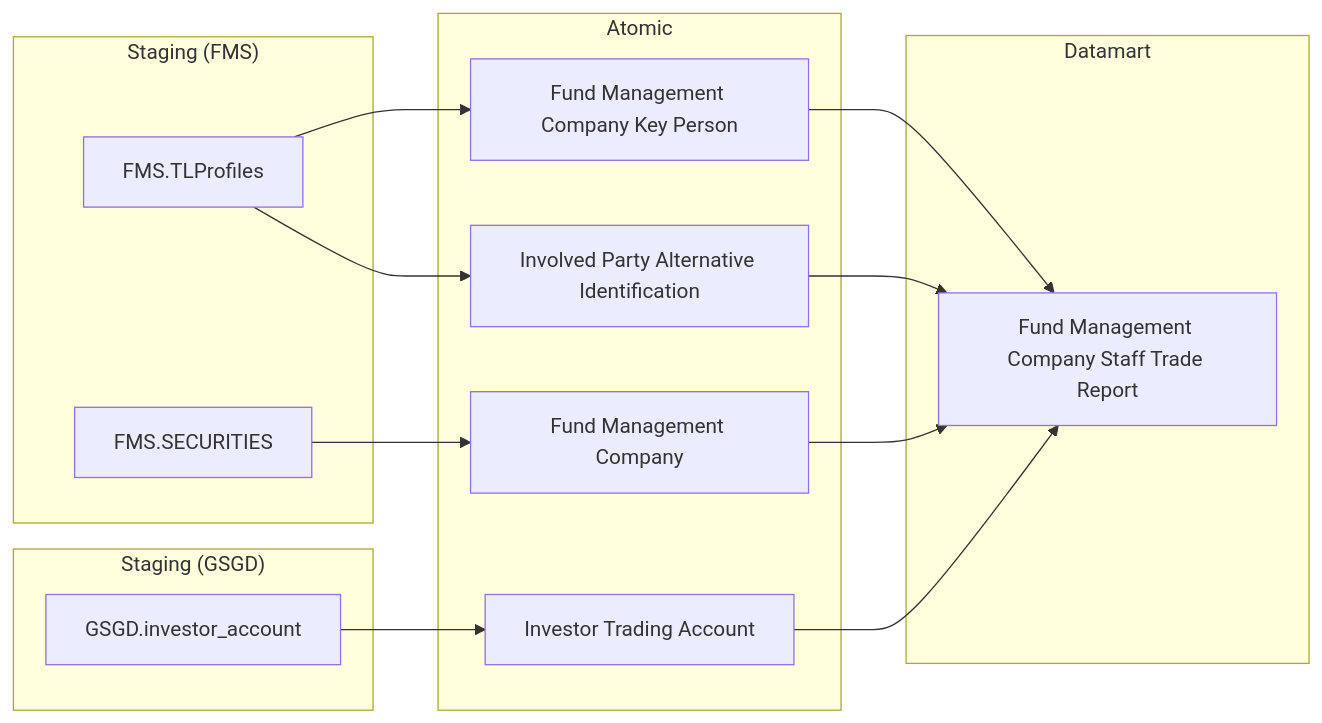
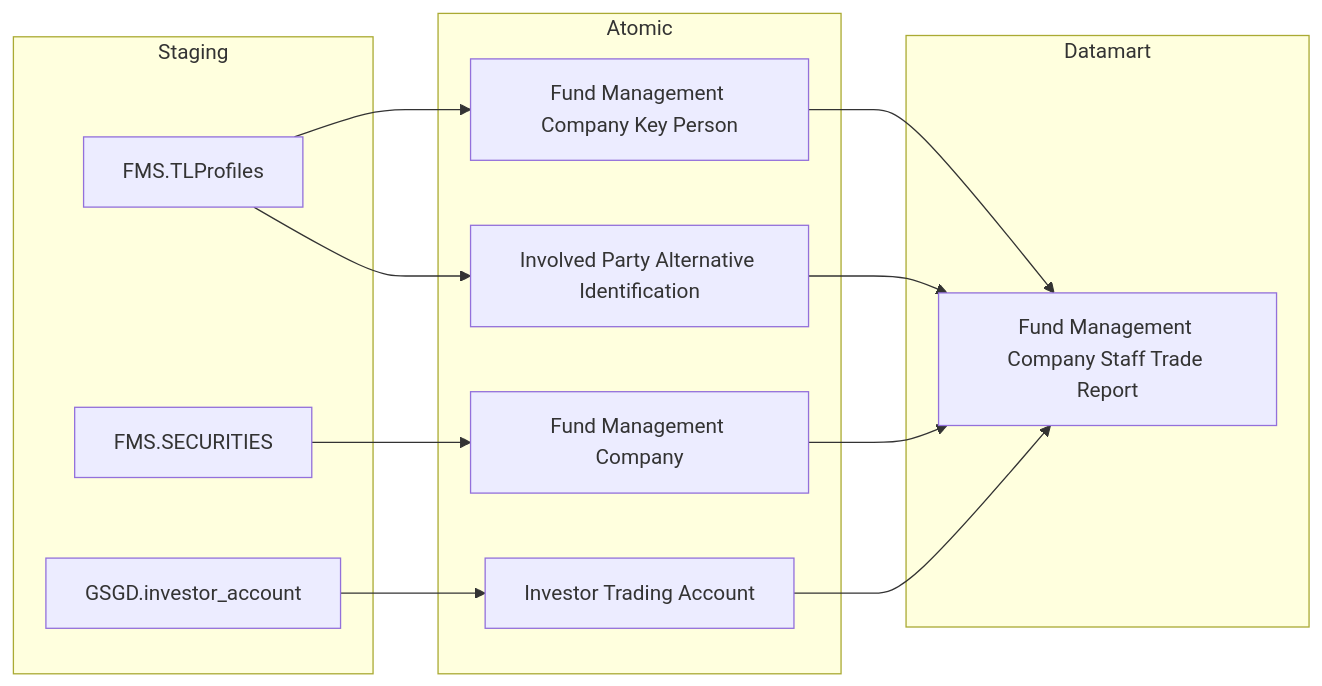
Before and after one commit to linhlvit/ubck_atomic_design: the ninth of 37 diagrams in Datamart/hld/DTM_FMS_HLD.md, drawn with Mermaid. The commit also changed other lines of this file and 10 other files, not shown here.

````diff
--- a/Datamart/hld/DTM_FMS_HLD.md
+++ b/Datamart/hld/DTM_FMS_HLD.md
@@ -359,32 +352,29 @@
 ```mermaid
 flowchart LR
-    subgraph SRC_FMS["Staging (FMS)"]
+    subgraph SRC["Staging"]
         S1["FMS.TLProfiles"]
         S2["FMS.SECURITIES"]
-    end
-
-    subgraph SRC_GSGD["Staging (GSGD)"]
         S3["GSGD.investor_account"]
     end
 
     subgraph SIL["Atomic"]
         SV1["Fund Management Company Key Person"]
         SV2["Involved Party Alternative Identification"]
         SV3["Fund Management Company"]
         SV4["Investor Trading Account"]
     end
 
     subgraph GOLD["Datamart"]
         G1["Fund Management Company Staff Trade Report"]
     end
 
     S1 --> SV1
     S1 --> SV2
     S2 --> SV3
     S3 --> SV4
 
     SV1 --> G1
     SV2 --> G1
     SV3 --> G1
     SV4 --> G1
 ```
````
